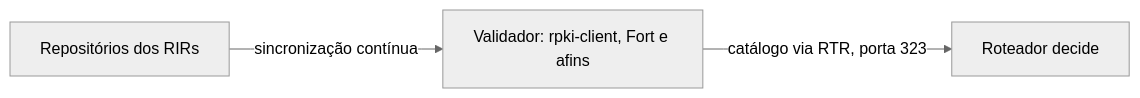
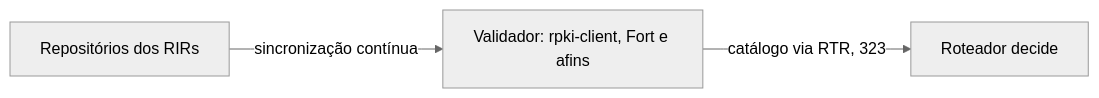
The fourth of 4 diagrams in src/content/articles/2026-10-19-rpki-rotas-assinadas.md (alicino/kb-blog), drawn with Mermaid (neutral theme) before and after one commit. The commit also changed other lines of this file and 81 other files, not shown here.

First line of the commit message:
fix(paridade): corrige render dos diagramas e padroniza a capa em 1200x333

````diff
--- a/src/content/articles/2026-10-19-rpki-rotas-assinadas.md
+++ b/src/content/articles/2026-10-19-rpki-rotas-assinadas.md
@@ -95,5 +95,5 @@
 ```mermaid
 flowchart LR
     R["Repositórios dos RIRs"] -->|"sincronização contínua"| V["Validador: rpki-client, Fort e afins"]
-    V -->|"catálogo via RTR, porta 323"| B["Roteador decide"]
+    V -->|"catálogo via RTR, 323"| B["Roteador decide"]
 ```
````
